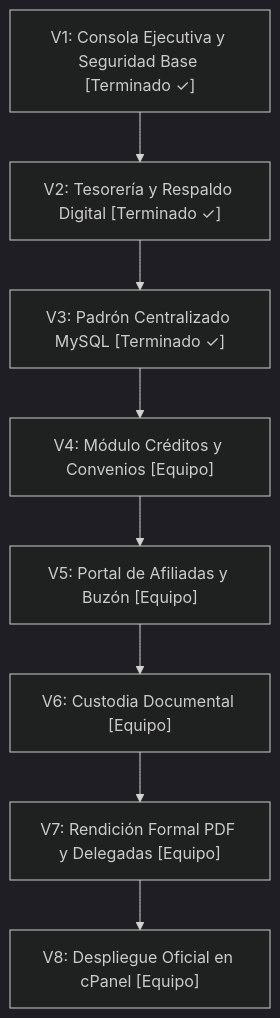
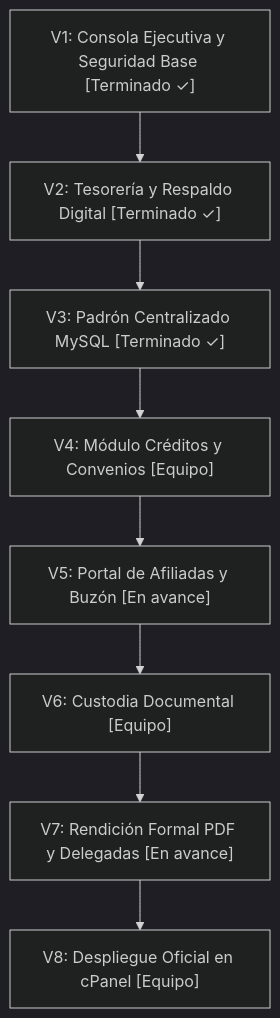
One commit to swix14/dashboard changed the diagram in docs/PLAN_IMPLEMENTACION.md. Above: the diagram before and after it, drawn with Mermaid (dark theme). The commit also changed other lines of this file and 1 other file, not shown here.

````diff
--- a/docs/PLAN_IMPLEMENTACION.md
+++ b/docs/PLAN_IMPLEMENTACION.md
@@ -85,10 +85,10 @@
 ```mermaid
 flowchart TD
     V1["V1: Consola Ejecutiva y Seguridad Base [Terminado ✓]"] --> V2["V2: Tesorería y Respaldo Digital [Terminado ✓]"]
     V2 --> V3["V3: Padrón Centralizado MySQL [Terminado ✓]"]
     V3 --> V4["V4: Módulo Créditos y Convenios [Equipo]"]
-    V4 --> V5["V5: Portal de Afiliadas y Buzón [Equipo]"]
+    V4 --> V5["V5: Portal de Afiliadas y Buzón [En avance]"]
     V5 --> V6["V6: Custodia Documental [Equipo]"]
-    V6 --> V7["V7: Rendición Formal PDF y Delegadas [Equipo]"]
+    V6 --> V7["V7: Rendición Formal PDF y Delegadas [En avance]"]
     V7 --> V8["V8: Despliegue Oficial en cPanel [Equipo]"]
 ```
````
